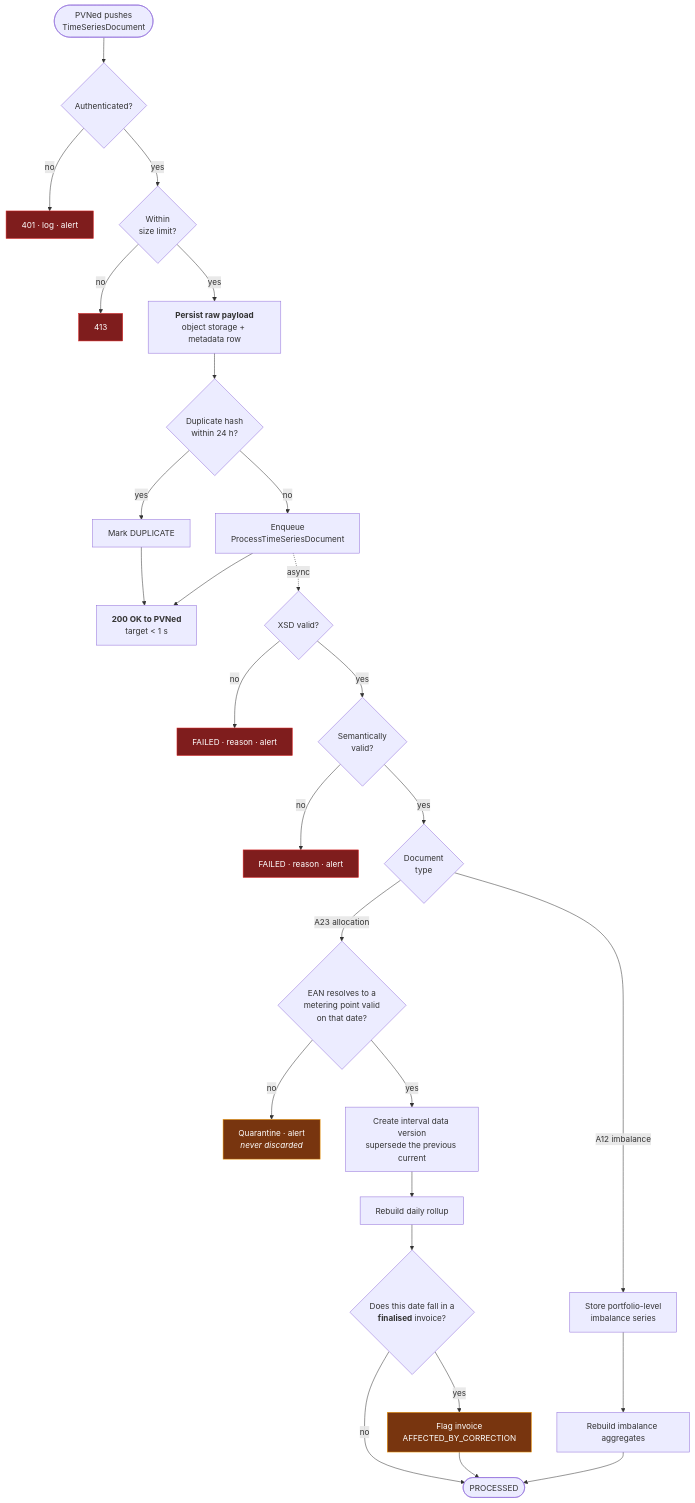
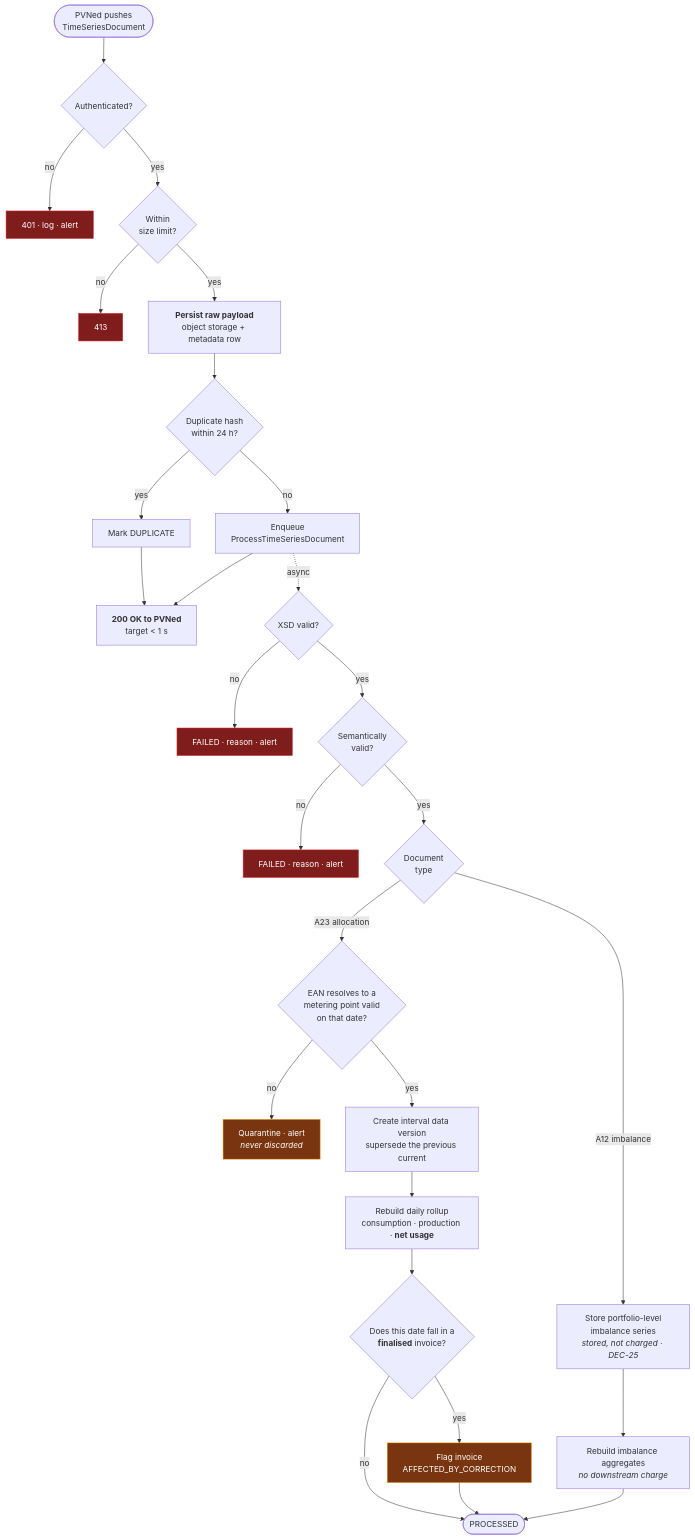
One commit to lukastosic-ifd/peakpowerspecs changed the first of 4 diagrams in specs/40-processes/02-metering-data-flow.md. Above: the diagram before and after it, drawn with Mermaid. The commit also changed other lines of this file and 43 other files, not shown here.

````diff
--- a/specs/40-processes/02-metering-data-flow.md
+++ b/specs/40-processes/02-metering-data-flow.md
@@ -12,37 +12,37 @@
 ```mermaid
 flowchart TB
     P(["PVNed pushes<br/>TimeSeriesDocument"]) --> AUTH{"Authenticated?"}
     AUTH -->|no| R401["401 · log · alert"]
     AUTH -->|yes| SIZE{"Within<br/>size limit?"}
     SIZE -->|no| R413["413"]
     SIZE -->|yes| STORE["<b>Persist raw payload</b><br/>object storage + metadata row"]
     STORE --> DUP{"Duplicate hash<br/>within 24 h?"}
     DUP -->|yes| MARKDUP["Mark DUPLICATE"] --> ACK
     DUP -->|no| ENQ["Enqueue<br/>ProcessTimeSeriesDocument"]
     ENQ --> ACK["<b>200 OK to PVNed</b><br/>target &lt; 1 s"]
 
     ENQ -.->|"async"| XSD{"XSD valid?"}
     XSD -->|no| FAIL1["FAILED · reason · alert"]
     XSD -->|yes| SEM{"Semantically<br/>valid?"}
     SEM -->|no| FAIL2["FAILED · reason · alert"]
     SEM -->|yes| TYPE{"Document<br/>type"}
 
     TYPE -->|"A23 allocation"| RES{"EAN resolves to a<br/>metering point valid<br/>on that date?"}
-    TYPE -->|"A12 imbalance"| IMB["Store portfolio-level<br/>imbalance series"]
+    TYPE -->|"A12 imbalance"| IMB["Store portfolio-level<br/>imbalance series<br/><i>stored, not charged · DEC-25</i>"]
 
     RES -->|no| QUAR["Quarantine · alert<br/><i>never discarded</i>"]
     RES -->|yes| VER["Create interval data version<br/>supersede the previous current"]
 
-    VER --> ROLL["Rebuild daily rollup"]
-    IMB --> ROLL2["Rebuild imbalance aggregates"]
+    VER --> ROLL["Rebuild daily rollup<br/>consumption · production · <b>net usage</b>"]
+    IMB --> ROLL2["Rebuild imbalance aggregates<br/><i>no downstream charge</i>"]
     ROLL --> INVCHK{"Does this date fall in a<br/><b>finalised</b> invoice?"}
     INVCHK -->|yes| FLAG["Flag invoice<br/>AFFECTED_BY_CORRECTION"]
     INVCHK -->|no| DONE
     FLAG --> DONE(["PROCESSED"])
     ROLL2 --> DONE
 
     classDef bad fill:#7f1d1d,stroke:#dc2626,color:#fff
     classDef warn fill:#78350f,stroke:#f59e0b,color:#fff
     class R401,R413,FAIL1,FAIL2 bad
     class QUAR,FLAG warn
 ```
````
